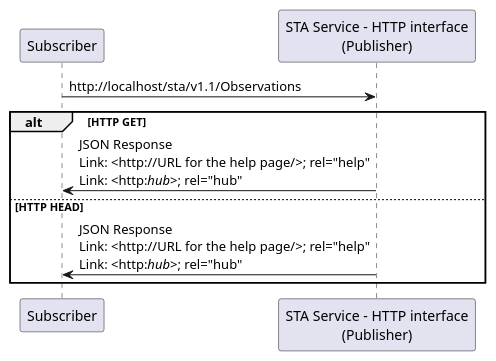
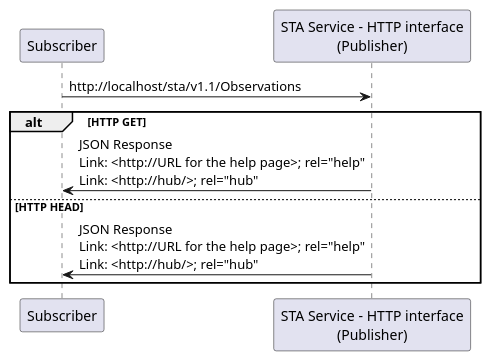
One commit to opengeospatial/sensorthings changed the fourth of 4 diagrams in sections/clause_6_informative_text.adoc. Above: the diagram before and after it, drawn with PlantUML. The commit also changed other lines of this file and 9 other files, not shown here.

```diff
--- a/sections/clause_6_informative_text.adoc
+++ b/sections/clause_6_informative_text.adoc
@@ -165,21 +165,21 @@
 [plantuml]
 ....
 @startuml
 
 participant Subscriber
 participant "STA Service - HTTP interface\n(Publisher)"
 
 Subscriber -> "STA Service - HTTP interface\n(Publisher)": http://localhost/sta/v1.1/Observations
 
 alt HTTP GET
 
-    "STA Service - HTTP interface\n(Publisher)" -> Subscriber: JSON Response\nLink: <http://URL for the help page/>; rel="help"\nLink: <http://hub//>; rel="hub" 
+    "STA Service - HTTP interface\n(Publisher)" -> Subscriber: JSON Response\nLink: <http://URL for the help page>; rel="help"\nLink: <http://hub/>; rel="hub" 
 
 else HTTP HEAD
 
-    "STA Service - HTTP interface\n(Publisher)" -> Subscriber: JSON Response\nLink: <http://URL for the help page/>; rel="help"\nLink: <http://hub//>; rel="hub"  
+    "STA Service - HTTP interface\n(Publisher)" -> Subscriber: JSON Response\nLink: <http://URL for the help page>; rel="help"\nLink: <http://hub/>; rel="hub"  
 
 end
 
 @enduml
 ....
```
